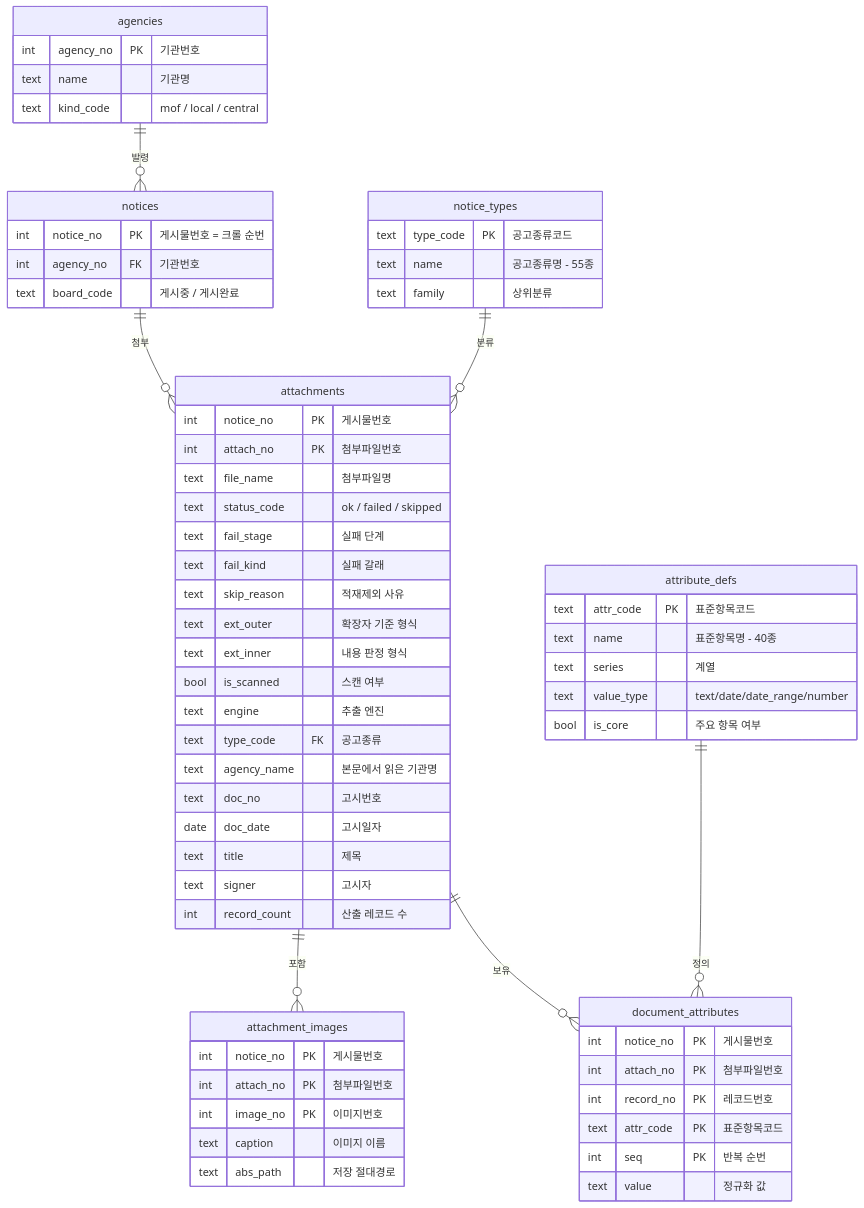
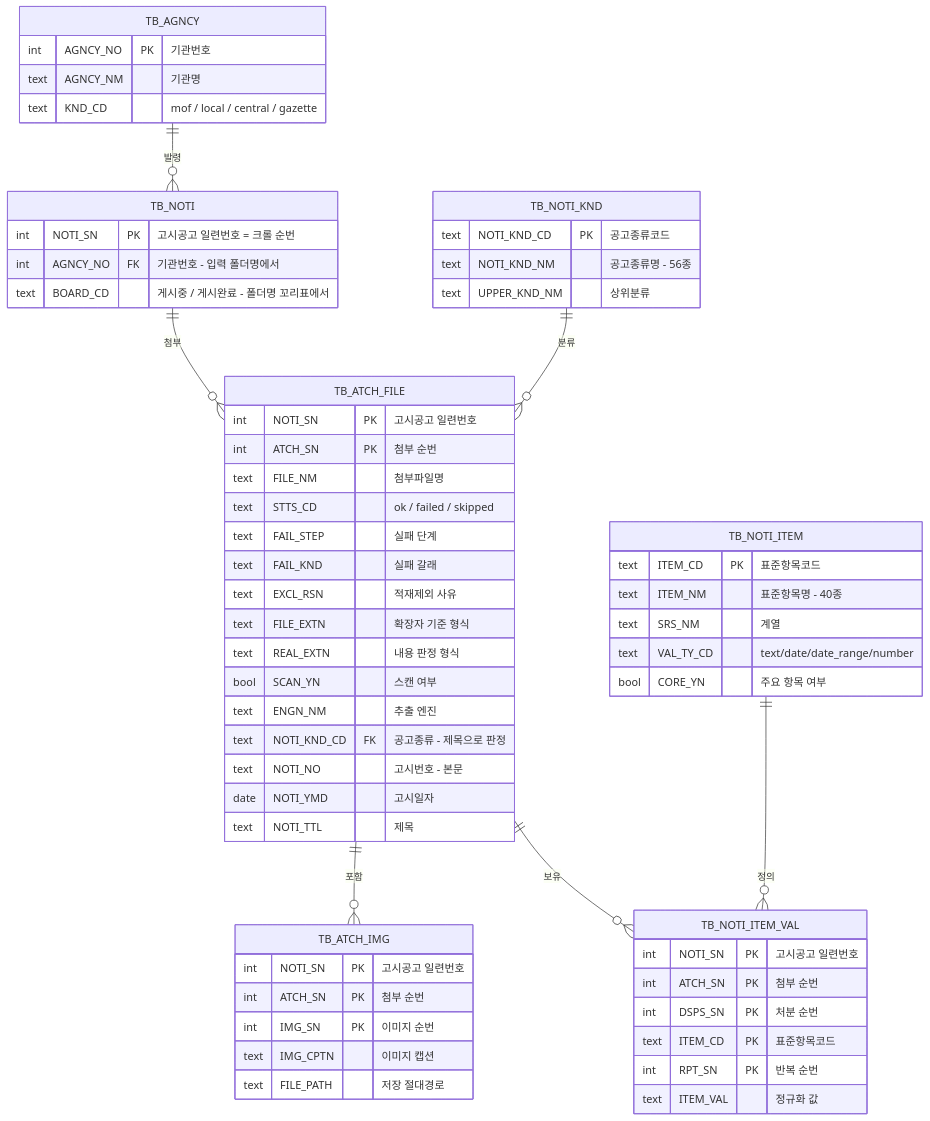
The diagram in README.md (Team-All4Land/All4Land_java-pipeline), drawn with Mermaid before and after one commit. The commit also changed other lines of this file and 83 other files, not shown here.

````diff
--- a/README.md
+++ b/README.md
@@ -547,67 +633,64 @@
 ```mermaid
 erDiagram
-    agencies      ||--o{ notices : "발령"
-    notices       ||--o{ attachments : "첨부"
-    attachments   ||--o{ attachment_images : "포함"
-    attachments   ||--o{ document_attributes : "보유"
-    notice_types  ||--o{ attachments : "분류"
-    attribute_defs ||--o{ document_attributes : "정의"
+    TB_AGNCY      ||--o{ TB_NOTI : "발령"
+    TB_NOTI       ||--o{ TB_ATCH_FILE : "첨부"
+    TB_ATCH_FILE  ||--o{ TB_ATCH_IMG : "포함"
+    TB_ATCH_FILE  ||--o{ TB_NOTI_ITEM_VAL : "보유"
+    TB_NOTI_KND   ||--o{ TB_ATCH_FILE : "분류"
+    TB_NOTI_ITEM  ||--o{ TB_NOTI_ITEM_VAL : "정의"
 
-    agencies {
-        int agency_no PK "기관번호"
-        text name "기관명"
-        text kind_code "mof / local / central"
+    TB_AGNCY {
+        int AGNCY_NO PK "기관번호"
+        text AGNCY_NM "기관명"
+        text KND_CD "mof / local / central / gazette"
     }
-    notices {
-        int notice_no PK "게시물번호 = 크롤 순번"
-        int agency_no FK "기관번호"
-        text board_code "게시중 / 게시완료"
+    TB_NOTI {
+        int NOTI_SN PK "고시공고 일련번호 = 크롤 순번"
+        int AGNCY_NO FK "기관번호 - 입력 폴더명에서"
+        text BOARD_CD "게시중 / 게시완료 - 폴더명 꼬리표에서"
     }
-    notice_types {
-        text type_code PK "공고종류코드"
-        text name "공고종류명 - 55종"
-        text family "상위분류"
+    TB_NOTI_KND {
+        text NOTI_KND_CD PK "공고종류코드"
+        text NOTI_KND_NM "공고종류명 - 56종"
+        text UPPER_KND_NM "상위분류"
     }
-    attachments {
-        int notice_no PK "게시물번호"
-        int attach_no PK "첨부파일번호"
-        text file_name "첨부파일명"
-        text status_code "ok / failed / skipped"
-        text fail_stage "실패 단계"
-        text fail_kind "실패 갈래"
-        text skip_reason "적재제외 사유"
-        text ext_outer "확장자 기준 형식"
-        text ext_inner "내용 판정 형식"
-        bool is_scanned "스캔 여부"
-        text engine "추출 엔진"
-        text type_code FK "공고종류"
-        text agency_name "본문에서 읽은 기관명"
-        text doc_no "고시번호"
-        date doc_date "고시일자"
-        text title "제목"
-        text signer "고시자"
-        int record_count "산출 레코드 수"
+    TB_ATCH_FILE {
+        int NOTI_SN PK "고시공고 일련번호"
+        int ATCH_SN PK "첨부 순번"
+        text FILE_NM "첨부파일명"
+        text STTS_CD "ok / failed / skipped"
+        text FAIL_STEP "실패 단계"
+        text FAIL_KND "실패 갈래"
+        text EXCL_RSN "적재제외 사유"
+        text FILE_EXTN "확장자 기준 형식"
+        text REAL_EXTN "내용 판정 형식"
+        bool SCAN_YN "스캔 여부"
+        text ENGN_NM "추출 엔진"
+        text NOTI_KND_CD FK "공고종류 - 제목으로 판정"
+        text NOTI_NO "고시번호 - 본문"
+        date NOTI_YMD "고시일자"
+        text NOTI_TTL "제목"
     }
-    attachment_images {
-        int notice_no PK "게시물번호"
-        int attach_no PK "첨부파일번호"
-        int image_no PK "이미지번호"
-        text caption "이미지 이름"
-        text abs_path "저장 절대경로"
+    TB_ATCH_IMG {
+        int NOTI_SN PK "고시공고 일련번호"
+        int ATCH_SN PK "첨부 순번"
+        int IMG_SN PK "이미지 순번"
+        text IMG_CPTN "이미지 캡션"
+        text FILE_PATH "저장 절대경로"
     }
-    attribute_defs {
-        text attr_code PK "표준항목코드"
-        text name "표준항목명 - 40종"
-        text series "계열"
-        text value_type "text/date/date_range/number"
-        bool is_core "주요 항목 여부"
+    TB_NOTI_ITEM {
+        text ITEM_CD PK "표준항목코드"
+        text ITEM_NM "표준항목명 - 40종"
+        text SRS_NM "계열"
+        text VAL_TY_CD "text/date/date_range/number"
+        bool CORE_YN "주요 항목 여부"
     }
-    document_attributes {
-        int notice_no PK "게시물번호"
-        int attach_no PK "첨부파일번호"
-        int record_no PK "레코드번호"
-        text attr_code PK "표준항목코드"
-        int seq PK "반복 순번"
-        text value "정규화 값"
+    TB_NOTI_ITEM_VAL {
+        int NOTI_SN PK "고시공고 일련번호"
+        int ATCH_SN PK "첨부 순번"
+        int DSPS_SN PK "처분 순번"
+        text ITEM_CD PK "표준항목코드"
+        int RPT_SN PK "반복 순번"
+        text ITEM_VAL "정규화 값"
     }
 ```
````
